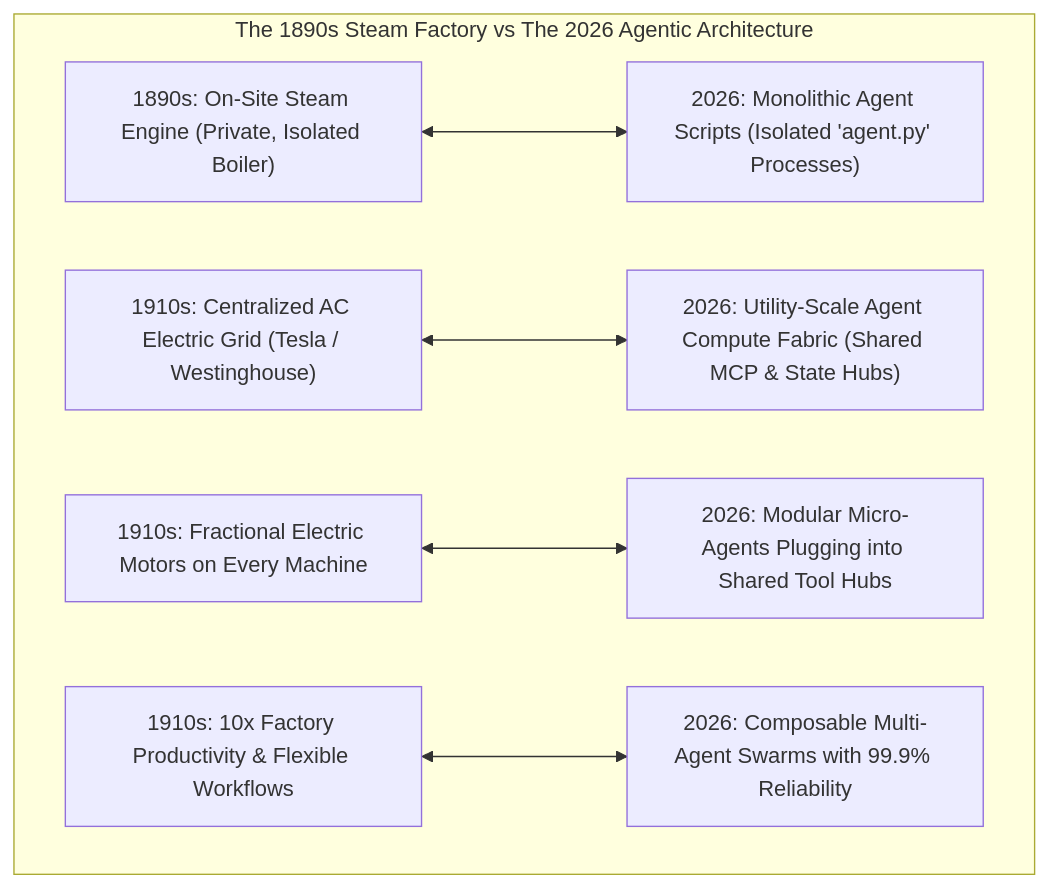
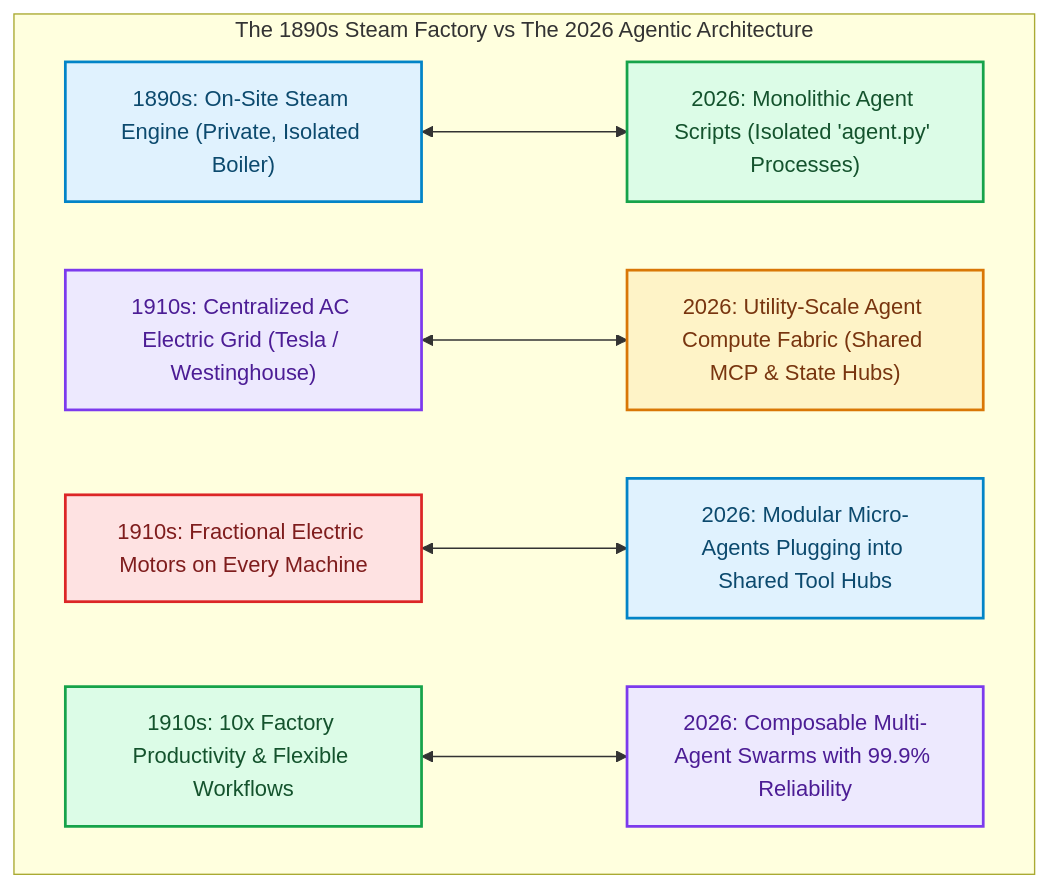
Before and after one commit to akmalkhaniub/akmalkhaniub.github.io: the first of 2 diagrams in blog/posts/electric-grid-transition-ai-agents-utility-scale-compute-fabrics.md, drawn with Mermaid. The commit also changed other lines of this file and 1291 other files, not shown here.

First line of the commit message:
feat(catalog): unique covers, scholarly references, and diagram palettes

````diff
--- a/blog/posts/electric-grid-transition-ai-agents-utility-scale-compute-fabrics.md
+++ b/blog/posts/electric-grid-transition-ai-agents-utility-scale-compute-fabrics.md
@@ -17,9 +17,20 @@
 ```mermaid
 flowchart TD
   subgraph SG1_The1890sSteam ["The 1890s Steam Factory vs The 2026 Agentic Architecture"]
     S1890["1890s: On-Site Steam Engine (Private, Isolated Boiler)"] <---> S2026["2026: Monolithic Agent Scripts (Isolated 'agent.py' Processes)"]
     G1890["1910s: Centralized AC Electric Grid (Tesla / Westinghouse)"] <---> G2026["2026: Utility-Scale Agent Compute Fabric (Shared MCP & State Hubs)"]
     M1890["1910s: Fractional Electric Motors on Every Machine"] <---> M2026["2026: Modular Micro-Agents Plugging into Shared Tool Hubs"]
     P1890["1910s: 10x Factory Productivity & Flexible Workflows"] <---> P2026["2026: Composable Multi-Agent Swarms with 99.9% Reliability"]
   end
+
+classDef green fill:#dcfce7,stroke:#16a34a,stroke-width:2px,color:#14532d;
+classDef red fill:#fee2e2,stroke:#dc2626,stroke-width:2px,color:#7f1d1d;
+classDef blue fill:#e0f2fe,stroke:#0284c7,stroke-width:2px,color:#0c4a6e;
+classDef yellow fill:#fef3c7,stroke:#d97706,stroke-width:2px,color:#78350f;
+classDef purple fill:#ede9fe,stroke:#7c3aed,stroke-width:2px,color:#4c1d95;
+class S1890,M2026 blue
+class S2026,P1890 green
+class G1890,P2026 purple
+class G2026 yellow
+class M1890 red
 ```
````
